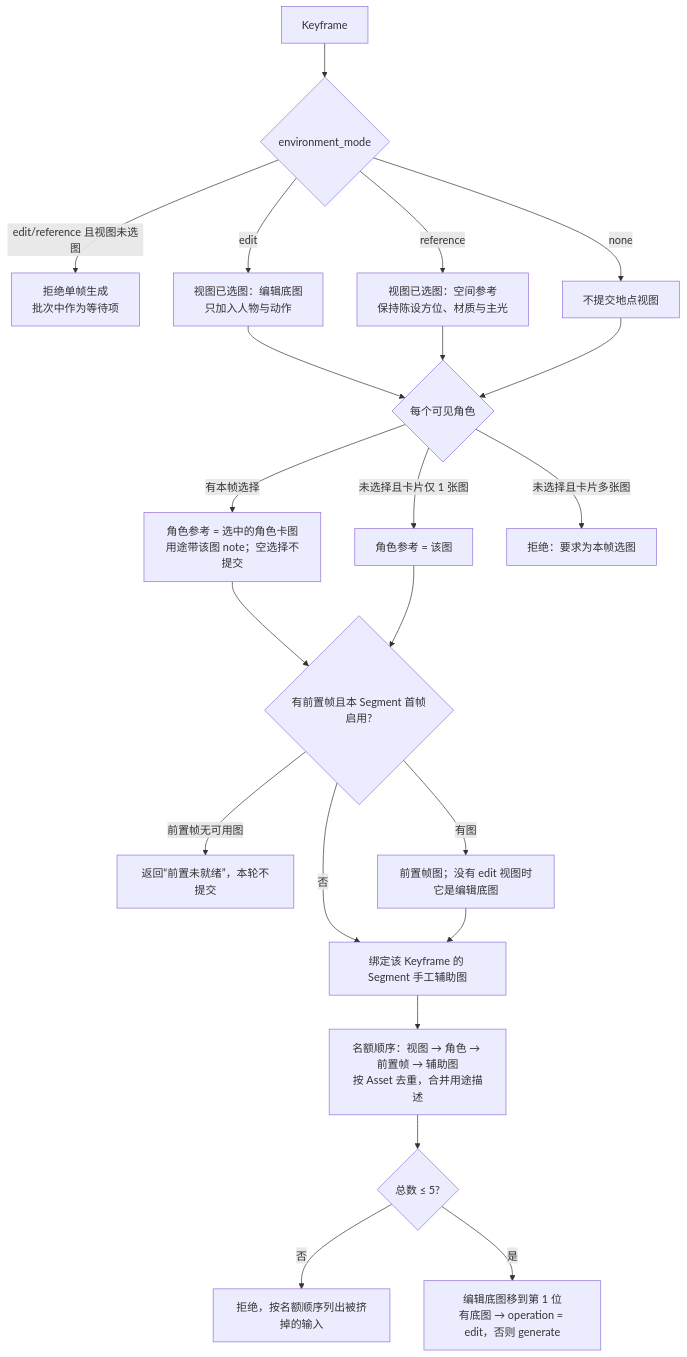
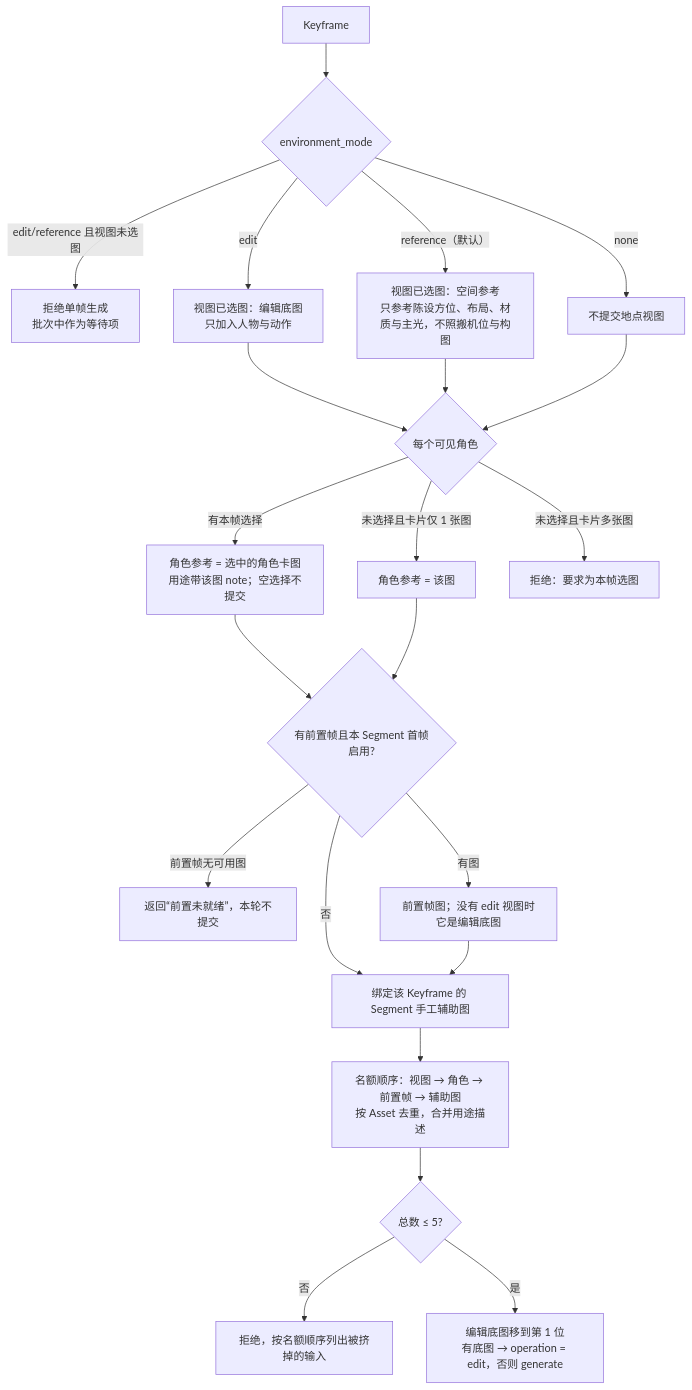
The third of 9 diagrams in docs/data-flow.md (LJXLJXLJX/StoryRail), drawn with Mermaid before and after one commit. The commit also changed 20 other files, not shown here.

First line of the commit message:
feat(keyframe): 地点视图默认作为空间参考

````diff
--- a/docs/data-flow.md
+++ b/docs/data-flow.md
@@ -74,21 +74,21 @@
 ```mermaid
 flowchart TB
     start[Keyframe] --> env{environment_mode}
     env -- edit/reference 且视图未选图 --> vwait[拒绝单帧生成<br/>批次中作为等待项]
     env -- edit --> e1[视图已选图：编辑底图<br/>只加入人物与动作]
-    env -- reference --> e2[视图已选图：空间参考<br/>保持陈设方位、材质与主光]
+    env -- reference（默认） --> e2[视图已选图：空间参考<br/>只参考陈设方位、布局、材质与主光，不照搬机位与构图]
     env -- none --> e3[不提交地点视图]
     e1 & e2 & e3 --> chars{每个可见角色}
     chars -- 有本帧选择 --> c1[角色参考 = 选中的角色卡图<br/>用途带该图 note；空选择不提交]
     chars -- 未选择且卡片仅 1 张图 --> c2[角色参考 = 该图]
     chars -- 未选择且卡片多张图 --> creject[拒绝：要求为本帧选图]
     c1 & c2 --> pred{有前置帧且本 Segment 首帧启用?}
     pred -- 前置帧无可用图 --> wait[返回“前置未就绪”，本轮不提交]
     pred -- 有图 --> p1[前置帧图；没有 edit 视图时它是编辑底图]
     pred -- 否 --> aux
     p1 --> aux[绑定该 Keyframe 的 Segment 手工辅助图]
     aux --> dedupe[名额顺序：视图 → 角色 → 前置帧 → 辅助图<br/>按 Asset 去重，合并用途描述]
     dedupe --> limit{总数 ≤ 5?}
     limit -- 否 --> reject[拒绝，按名额顺序列出被挤掉的输入]
     limit -- 是 --> op[编辑底图移到第 1 位<br/>有底图 → operation = edit，否则 generate]
 ```
````
